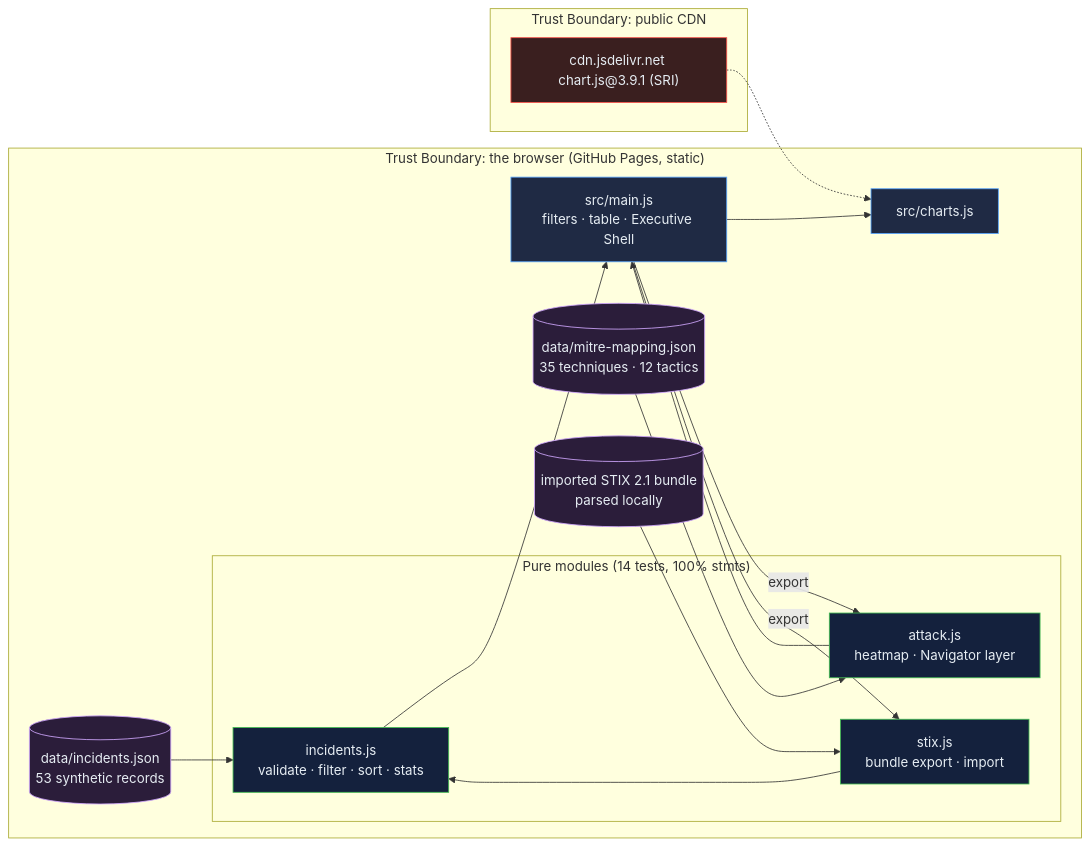
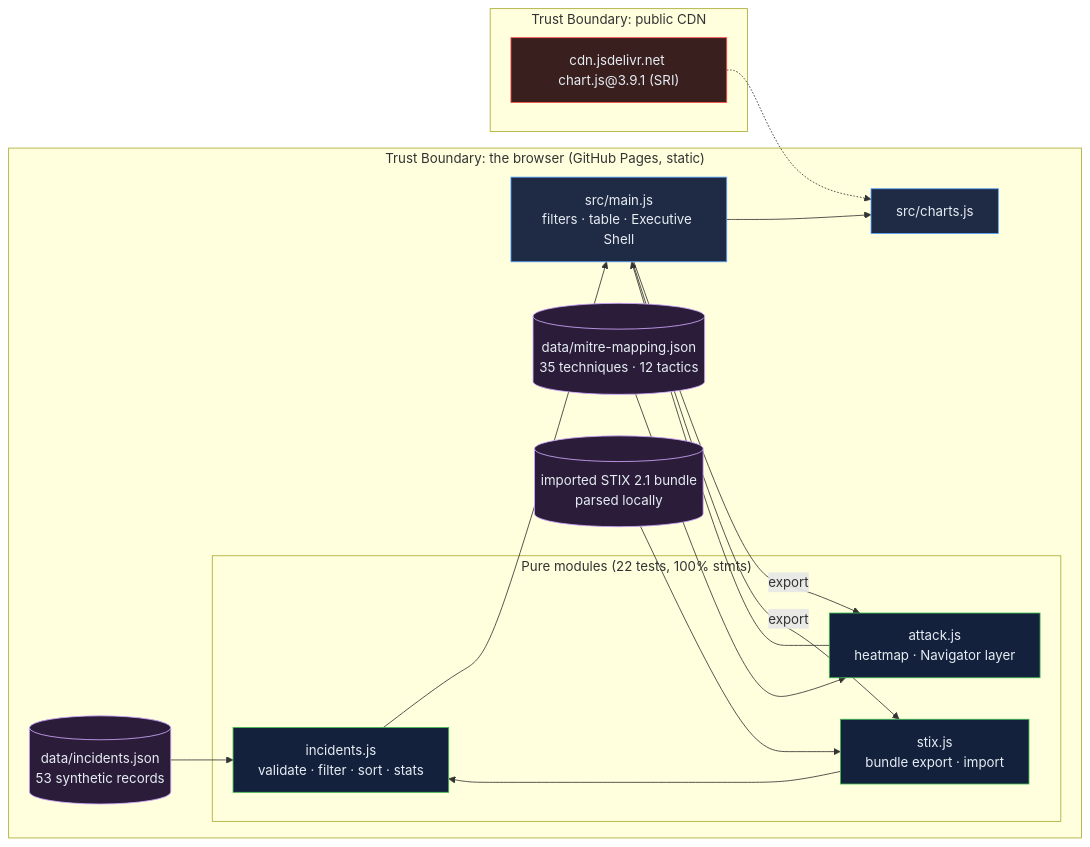
The diagram in README.md (Freddricklogan/cybersecurity-incident-dashboard), drawn with Mermaid before and after one commit. The commit also changed 5 other files, not shown here.

````diff
--- a/README.md
+++ b/README.md
@@ -54,29 +54,29 @@
 ```mermaid
 flowchart LR
   subgraph TB1["Trust Boundary: the browser (GitHub Pages, static)"]
     INC[("data/incidents.json<br/>53 synthetic records")]:::data
     MAP[("data/mitre-mapping.json<br/>35 techniques · 12 tactics")]:::data
     STIXIN[("imported STIX 2.1 bundle<br/>parsed locally")]:::data
-    subgraph PURE["Pure modules (14 tests, 100% stmts)"]
+    subgraph PURE["Pure modules (22 tests, 100% stmts)"]
       I["incidents.js<br/>validate · filter · sort · stats"]:::service
       A["attack.js<br/>heatmap · Navigator layer"]:::service
       S["stix.js<br/>bundle export · import"]:::service
     end
     MAIN["src/main.js<br/>filters · table · Executive Shell"]:::client
     VIZ["src/charts.js"]:::client
   end
   subgraph TB2["Trust Boundary: public CDN"]
     CDN["cdn.jsdelivr.net chart.js@3.9.1 (SRI)"]:::security
   end
   INC --> I
   STIXIN --> S --> I
   MAP --> A
   I --> MAIN --> VIZ
   A --> MAIN
   MAIN -->|"export"| A & S
   CDN -.-> VIZ
   classDef client fill:#1f2a44,stroke:#58A6FF,color:#e6edf3
   classDef service fill:#14213d,stroke:#3fb950,color:#e6edf3
   classDef data fill:#2b1d3a,stroke:#d2a8ff,color:#e6edf3
   classDef security fill:#3a1f1f,stroke:#f85149,color:#e6edf3
 ```
````
